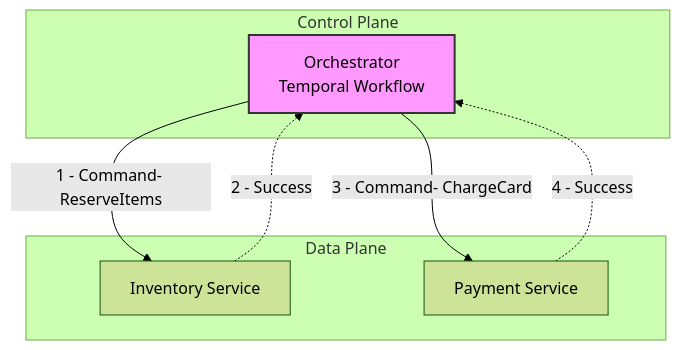
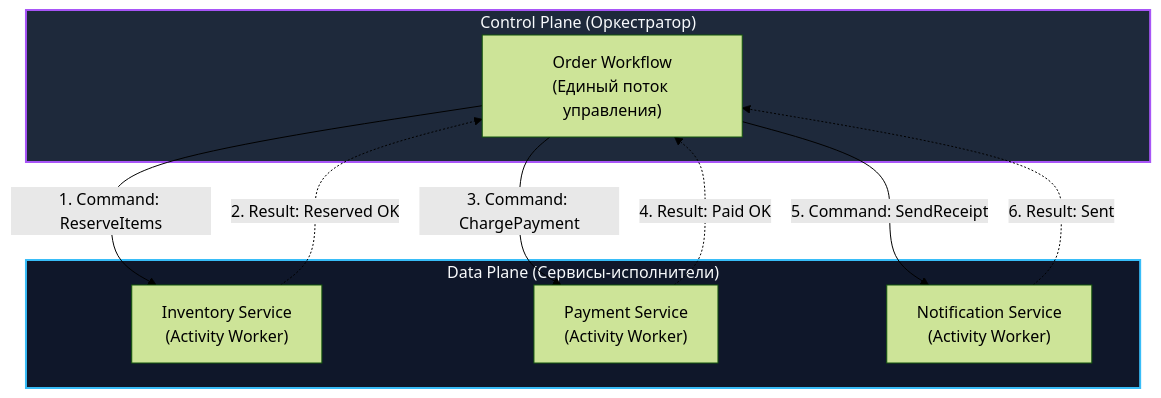
The third of 4 diagrams in sources/13. Очереди, брокеры сообщений и оркестраторы/06. Оркестрация процессов/4. Оркестрация vs хореография.md (UnrealTemplier/go-textbook), drawn with Mermaid (forest theme) before and after one commit. The commit also changed other lines of this file, not shown here.

````diff
--- a/sources/13. Очереди, брокеры сообщений и оркестраторы/06. Оркестрация процессов/4. Оркестрация vs хореография.md
+++ b/sources/13. Очереди, брокеры сообщений и оркестраторы/06. Оркестрация процессов/4. Оркестрация vs хореография.md
@@ -48,16 +90,24 @@
 ```mermaid
-graph TD
-    subgraph Control Plane
-        O["Orchestrator<br>Temporal Workflow"]
+flowchart TD
+    subgraph ControlPlane["Control Plane (Оркестратор)"]
+        W["Order Workflow<br>(Единый поток управления)"]
     end
-    
-    subgraph Data Plane
-        O -->|"1 - Command- ReserveItems"| I["Inventory Service"]
-        I -.->|"2 - Success"| O
-        O -->|"3 - Command- ChargeCard"| P["Payment Service"]
-        P -.->|"4 - Success"| O
+
+    subgraph DataPlane["Data Plane (Сервисы-исполнители)"]
+        Inv["Inventory Service<br>(Activity Worker)"]
+        Pay["Payment Service<br>(Activity Worker)"]
+        Notif["Notification Service<br>(Activity Worker)"]
     end
-    
-    classDef orch fill:#f9f,stroke:#333,stroke-width:2px;
-    class O orch;
+
+    W -->|"1. Command: ReserveItems"| Inv
+    Inv -.->|"2. Result: Reserved OK"| W
+    W -->|"3. Command: ChargePayment"| Pay
+    Pay -.->|"4. Result: Paid OK"| W
+    W -->|"5. Command: SendReceipt"| Notif
+    Notif -.->|"6. Result: Sent"| W
+
+    classDef cp fill:#1e293b,stroke:#a855f7,stroke-width:2px,color:#f8fafc;
+    classDef dp fill:#0f172a,stroke:#38bdf8,stroke-width:2px,color:#f8fafc;
+    class ControlPlane cp;
+    class DataPlane dp;
 ```
````
